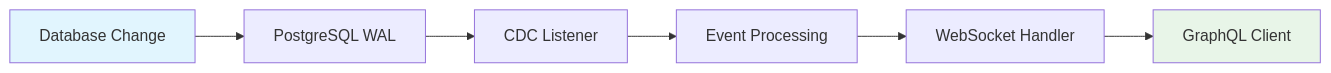
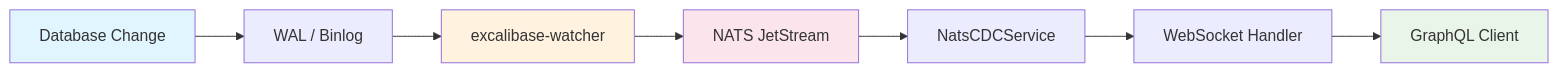
The diagram in docs/features/subscriptions.md (excalibase/excalibase-graphql), drawn with Mermaid before and after one commit. The commit also changed other lines of this file and 52 other files, not shown here.

Commit message:
Integrate with Excalibase Watcher

````diff
--- a/docs/features/subscriptions.md
+++ b/docs/features/subscriptions.md
@@ -33,11 +33,14 @@
 ```mermaid
 graph LR
-    A[Database Change] --> B[PostgreSQL WAL]
-    B --> C[CDC Listener]
-    C --> D[Event Processing]
-    D --> E[WebSocket Handler]
-    E --> F[GraphQL Client]
-    
+    A[Database Change] --> B[WAL / Binlog]
+    B --> C[excalibase-watcher]
+    C --> D[NATS JetStream]
+    D --> E[NatsCDCService]
+    E --> F[WebSocket Handler]
+    F --> G[GraphQL Client]
+
     style A fill:#e1f5fe
-    style F fill:#e8f5e8
+    style C fill:#fff3e0
+    style D fill:#fce4ec
+    style G fill:#e8f5e8
 ```
````
